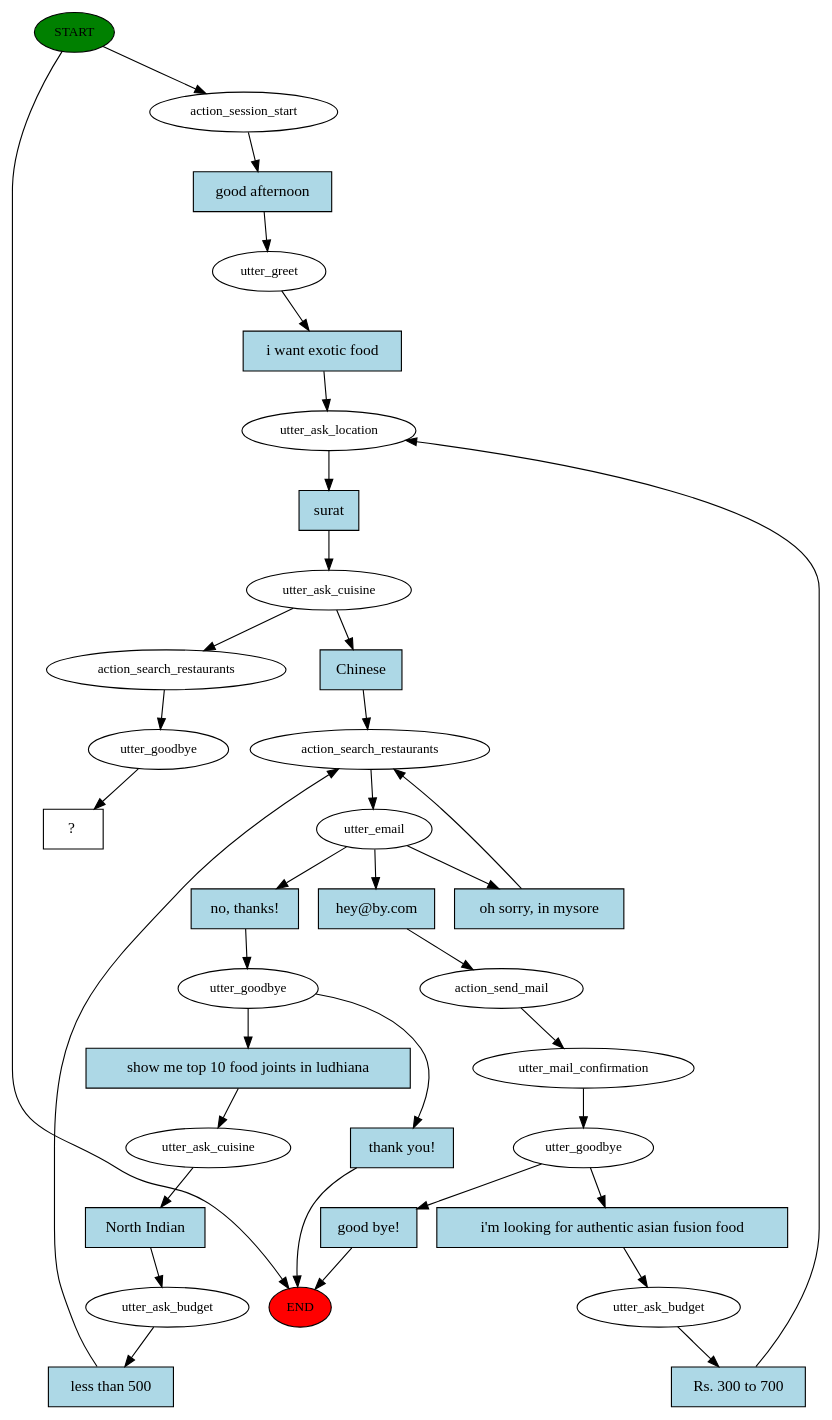
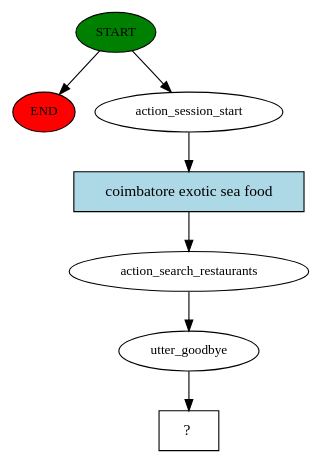
The diagram in story_graph.dot (ahmfrz/restaurant-search-chatbot), drawn with Graphviz before and after one commit. The commit also changed 4 other files, not shown here.

```diff
--- a/story_graph.dot
+++ b/story_graph.dot
@@ -1,70 +1,15 @@
 digraph  {
 0 [class="start active", fillcolor=green, fontsize=12, label=START, style=filled];
 "-1" [class=end, fillcolor=red, fontsize=12, label=END, style=filled];
 1 [class=active, fontsize=12, label=action_session_start];
-2 [class=active, fontsize=12, label=utter_greet];
-3 [class=active, fontsize=12, label=utter_ask_location];
-4 [class=active, fontsize=12, label=utter_ask_cuisine];
-5 [class=active, fontsize=12, label=action_search_restaurants];
-6 [class=active, fontsize=12, label=utter_email];
-9 [class=active, fontsize=12, label=utter_goodbye];
-19 [class=active, fontsize=12, label=utter_ask_cuisine];
-20 [class=active, fontsize=12, label=utter_ask_budget];
-23 [class=active, fontsize=12, label=action_send_mail];
-24 [class=active, fontsize=12, label=utter_mail_confirmation];
-25 [class=active, fontsize=12, label=utter_goodbye];
-42 [class=active, fontsize=12, label=utter_ask_budget];
-45 [class=active, fontsize=12, label=action_search_restaurants];
-46 [class=active, fontsize=12, label=utter_goodbye];
-47 [class="intent dashed active", label="  ?  ", shape=rect];
-48 [class="intent active", fillcolor=lightblue, label="good afternoon", shape=rect, style=filled];
-49 [class="intent active", fillcolor=lightblue, label="i want exotic food", shape=rect, style=filled];
-50 [class="intent active", fillcolor=lightblue, label=surat, shape=rect, style=filled];
-51 [class="intent active", fillcolor=lightblue, label=Chinese, shape=rect, style=filled];
-52 [class="intent active", fillcolor=lightblue, label="oh sorry, in mysore", shape=rect, style=filled];
-53 [class="intent active", fillcolor=lightblue, label="no, thanks!", shape=rect, style=filled];
-54 [class="intent active", fillcolor=lightblue, label="hey@by.com", shape=rect, style=filled];
-55 [class=intent, fillcolor=lightblue, label="thank you!", shape=rect, style=filled];
-56 [class="intent active", fillcolor=lightblue, label="show me top 10 food joints in ludhiana", shape=rect, style=filled];
-57 [class="intent active", fillcolor=lightblue, label="North Indian", shape=rect, style=filled];
-58 [class="intent active", fillcolor=lightblue, label="less than 500", shape=rect, style=filled];
-59 [class=intent, fillcolor=lightblue, label="good bye!", shape=rect, style=filled];
-60 [class="intent active", fillcolor=lightblue, label="i'm looking for authentic asian fusion food", shape=rect, style=filled];
-61 [class="intent active", fillcolor=lightblue, label="Rs. 300 to 700", shape=rect, style=filled];
+2 [class=active, fontsize=12, label=action_search_restaurants];
+3 [class=active, fontsize=12, label=utter_goodbye];
+4 [class="intent dashed active", label="  ?  ", shape=rect];
+5 [class="intent active", fillcolor=lightblue, label="coimbatore exotic sea food", shape=rect, style=filled];
 0 -> "-1"  [class="", key=NONE, label=""];
 0 -> 1  [class=active, key=NONE, label=""];
-1 -> 48  [class=active, key=0];
-2 -> 49  [class=active, key=0];
-3 -> 50  [class=active, key=0];
-4 -> 45  [class=active, key=NONE, label=""];
-4 -> 51  [class=active, key=0];
-5 -> 6  [class=active, key=NONE, label=""];
-6 -> 52  [class=active, key=0];
-6 -> 53  [class=active, key=0];
-6 -> 54  [class=active, key=0];
-9 -> 55  [class="", key=0];
-9 -> 56  [class=active, key=0];
-19 -> 57  [class=active, key=0];
-20 -> 58  [class=active, key=0];
-23 -> 24  [class=active, key=NONE, label=""];
-24 -> 25  [class=active, key=NONE, label=""];
-25 -> 59  [class="", key=0];
-25 -> 60  [class=active, key=0];
-42 -> 61  [class=active, key=0];
-45 -> 46  [class=active, key=NONE, label=""];
-46 -> 47  [class=active, key=NONE, label=""];
-48 -> 2  [class=active, key=0];
-49 -> 3  [class=active, key=0];
-50 -> 4  [class=active, key=0];
-51 -> 5  [class=active, key=0];
-52 -> 5  [class=active, key=0];
-53 -> 9  [class=active, key=0];
-54 -> 23  [class=active, key=0];
-55 -> "-1"  [class="", key=0];
-56 -> 19  [class=active, key=0];
-57 -> 20  [class=active, key=0];
-58 -> 5  [class=active, key=0];
-59 -> "-1"  [class="", key=0];
-60 -> 42  [class=active, key=0];
-61 -> 3  [class=active, key=0];
+1 -> 5  [class=active, key=0];
+2 -> 3  [class=active, key=NONE, label=""];
+3 -> 4  [class=active, key=NONE, label=""];
+5 -> 2  [class=active, key=0];
 }
```
